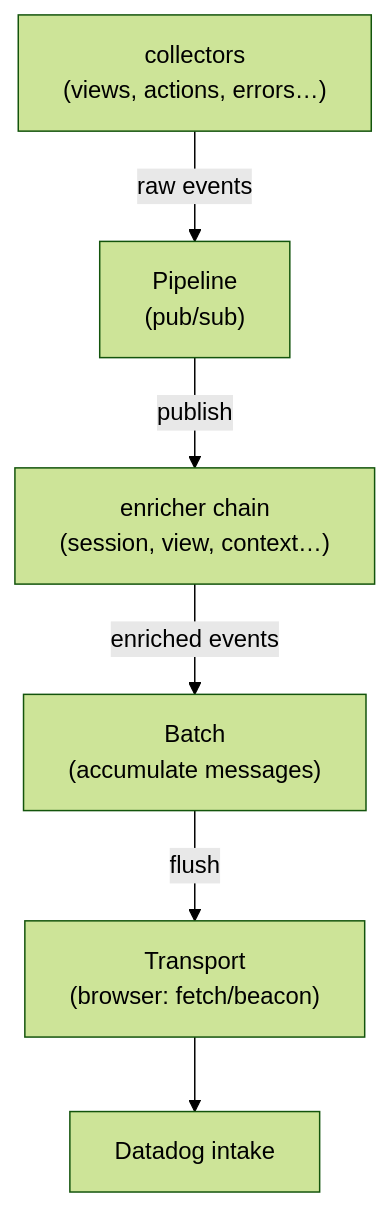
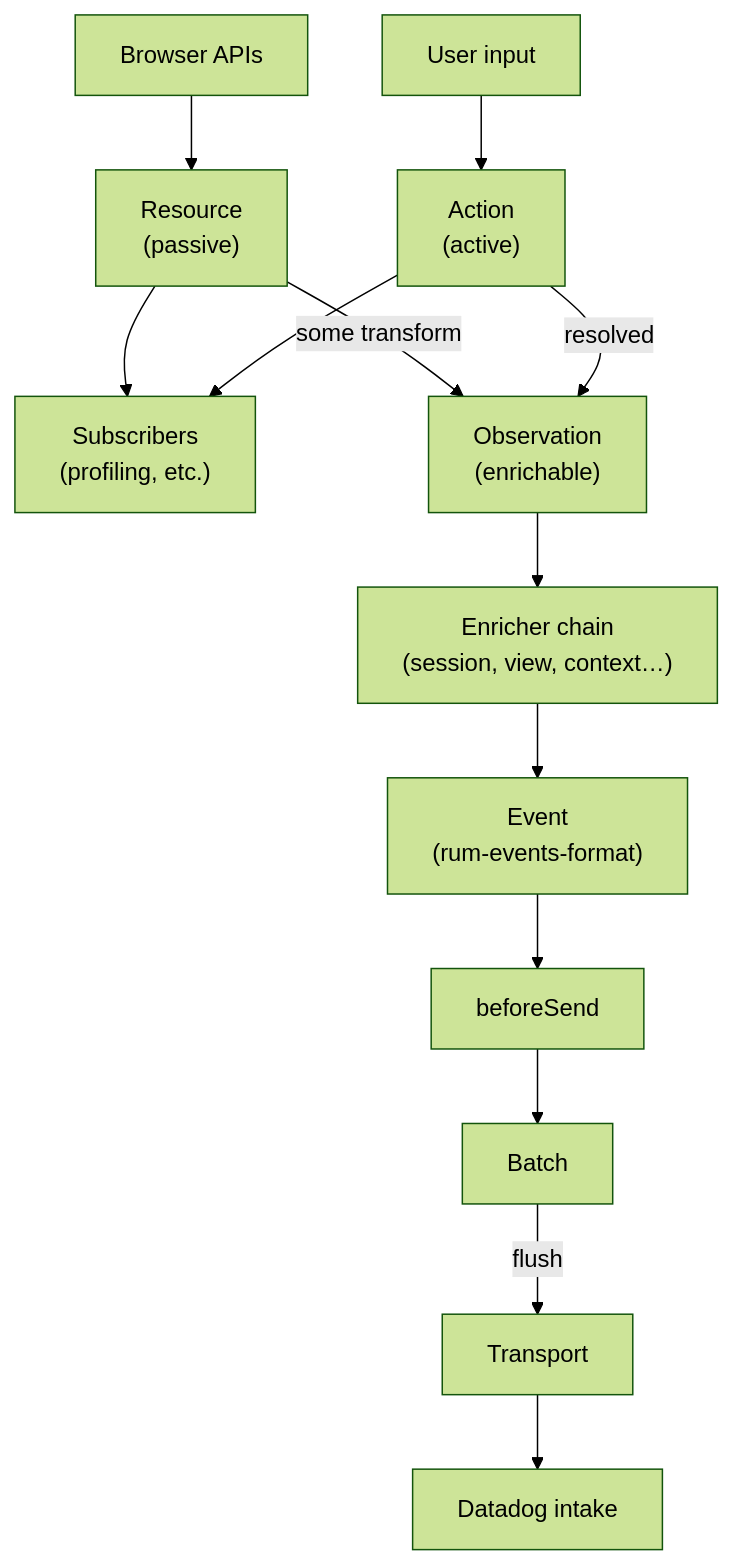
Before and after one commit to DataDog/browser-sdk: the second of 2 diagrams in docs/ARCHITECTURE_V8.md, drawn with Mermaid (forest theme). The commit also changed other lines of this file, not shown here.

Commit message:
📝 Document event taxonomy, lifecycle, and mapping from current SDK events

````diff
--- a/docs/ARCHITECTURE_V8.md
+++ b/docs/ARCHITECTURE_V8.md
@@ -141,15 +157,28 @@
 ```mermaid
 flowchart TD
-  collectors["collectors\n(views, actions, errors…)"]
-  pipeline["Pipeline\n(pub/sub)"]
-  enrichers["enricher chain\n(session, view, context…)"]
-  batch["Batch\n(accumulate messages)"]
-  transport["Transport\n(browser: fetch/beacon)"]
+  browser["Browser APIs"]
+  user["User input"]
+  resource["Resource\n(passive)"]
+  action["Action\n(active)"]
+  subscribers["Subscribers\n(profiling, etc.)"]
+  observation["Observation\n(enrichable)"]
+  enrichers["Enricher chain\n(session, view, context…)"]
+  event["Event\n(rum-events-format)"]
+  beforeSend["beforeSend"]
+  batch["Batch"]
+  transport["Transport"]
   intake["Datadog intake"]
 
-  collectors -->|"raw events"| pipeline
-  pipeline -->|"publish"| enrichers
-  enrichers -->|"enriched events"| batch
+  browser --> resource
+  user --> action
+  resource --> subscribers
+  action --> subscribers
+  resource -->|"some transform"| observation
+  action -->|"resolved"| observation
+  observation --> enrichers
+  enrichers --> event
+  event --> beforeSend
+  beforeSend --> batch
   batch -->|"flush"| transport
   transport --> intake
 ```
````
